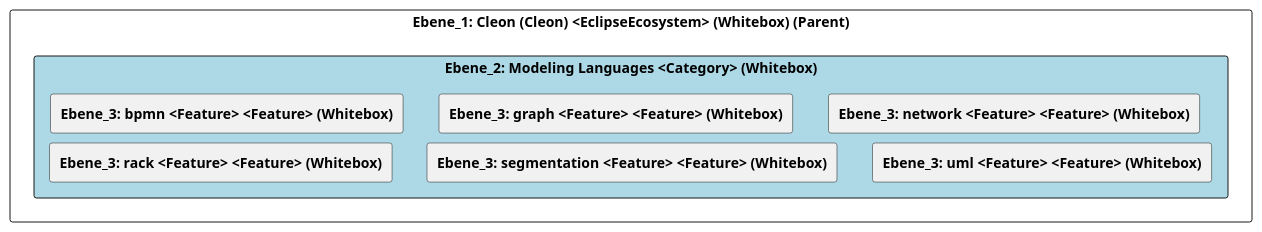
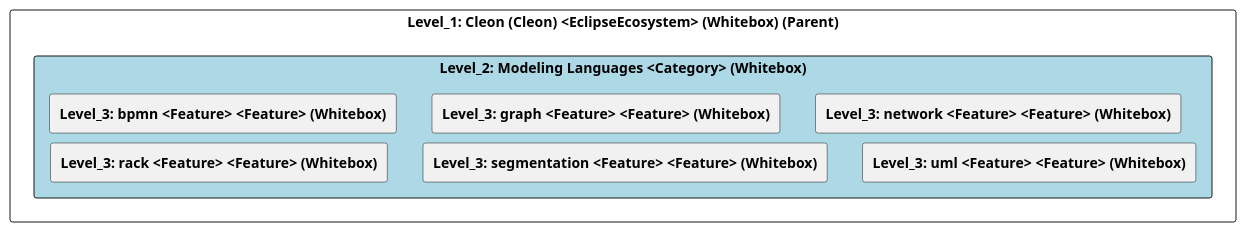
The diagram in doc/cleonproject_deliverables_architecture_model_architecture/adoc/de/05_bausteinsicht/cleon/modeling_languages/ebene_2_modeling languages.adoc (marcozwyssig/cleon), drawn with PlantUML before and after one commit. The commit also changed other lines of this file and 83 other files, not shown here.

```diff
--- a/doc/cleonproject_deliverables_architecture_model_architecture/adoc/de/05_bausteinsicht/cleon/modeling_languages/ebene_2_modeling languages.adoc
+++ b/doc/cleonproject_deliverables_architecture_model_architecture/adoc/de/05_bausteinsicht/cleon/modeling_languages/ebene_2_modeling languages.adoc
@@ -21,29 +21,29 @@
-[plantuml, Ebene_2: Modeling Languages <Category> (Whitebox)BlockOverview, format="svg"]
+[plantuml, Level_2: Modeling Languages <Category> (Whitebox)BlockOverview, format="svg"]
 ----
-@startuml Ebene_2: Modeling Languages <Category> (Whitebox)BuildingBlockOverview
+@startuml Level_2: Modeling Languages <Category> (Whitebox)BuildingBlockOverview
 
 skinparam ranksep 10
 skinparam componentStyle rectangle
 skinparam shadowing false
 skinparam arrowColor lightblue
 skinparam arrowThickness 1.2
 skinparam rectangle {
   BackgroundColor White
   BorderColor #333
   RoundCorner 10
 }
 top to bottom direction
 
-component "Ebene_1: Cleon (Cleon) <EclipseEcosystem> (Whitebox) (Parent)" {
-    component "Ebene_2: Modeling Languages <Category> (Whitebox)" #lightblue {
-        [**Ebene_3: bpmn <Feature> <Feature> (Whitebox)**] as 49057F38_D579_11EE_903E_9F564E4DE07E
-        [**Ebene_3: graph <Feature> <Feature> (Whitebox)**] as 4905A651_D579_11EE_903E_9F564E4DE07E
-        [**Ebene_3: network <Feature> <Feature> (Whitebox)**] as 49055821_D579_11EE_903E_9F564E4DE07E
-        [**Ebene_3: rack <Feature> <Feature> (Whitebox)**] as 4905A653_D579_11EE_903E_9F564E4DE07E
-        [**Ebene_3: segmentation <Feature> <Feature> (Whitebox)**] as 49057F37_D579_11EE_903E_9F564E4DE07E
-        [**Ebene_3: uml <Feature> <Feature> (Whitebox)**] as 49057F3A_D579_11EE_903E_9F564E4DE07E
+component "Level_1: Cleon (Cleon) <EclipseEcosystem> (Whitebox) (Parent)" {
+    component "Level_2: Modeling Languages <Category> (Whitebox)" #lightblue {
+        [**Level_3: bpmn <Feature> <Feature> (Whitebox)**] as 49057F38_D579_11EE_903E_9F564E4DE07E
+        [**Level_3: graph <Feature> <Feature> (Whitebox)**] as 4905A651_D579_11EE_903E_9F564E4DE07E
+        [**Level_3: network <Feature> <Feature> (Whitebox)**] as 49055821_D579_11EE_903E_9F564E4DE07E
+        [**Level_3: rack <Feature> <Feature> (Whitebox)**] as 4905A653_D579_11EE_903E_9F564E4DE07E
+        [**Level_3: segmentation <Feature> <Feature> (Whitebox)**] as 49057F37_D579_11EE_903E_9F564E4DE07E
+        [**Level_3: uml <Feature> <Feature> (Whitebox)**] as 49057F3A_D579_11EE_903E_9F564E4DE07E
     }
 }
 
 @enduml
 ----
```
